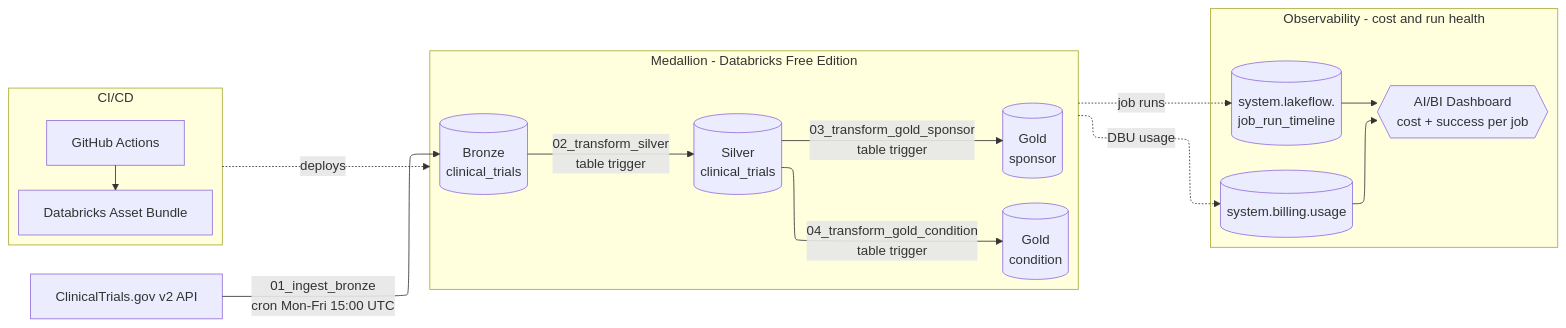
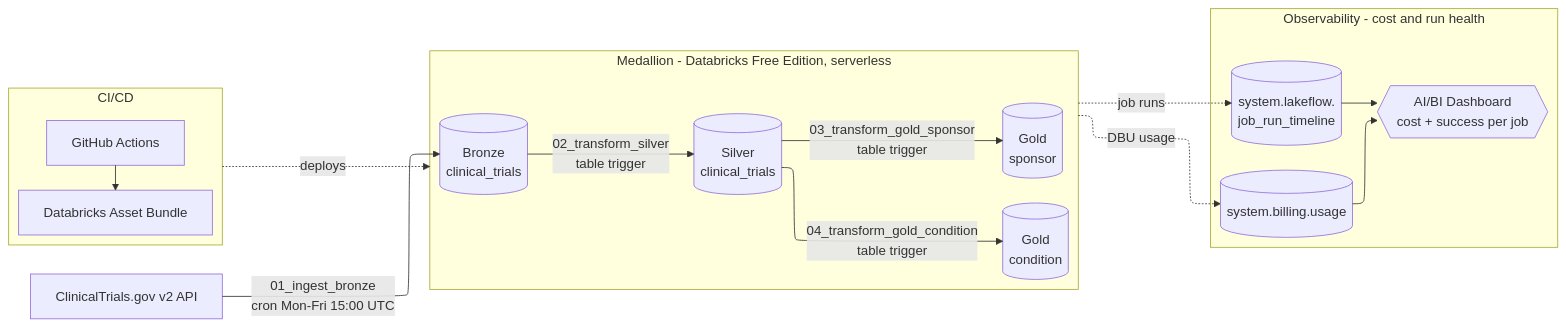
Before and after one commit to Frederik3152/data-engineering-case: the diagram in README.md, drawn with Mermaid.

````diff
--- a/README.md
+++ b/README.md
@@ -5,36 +5,37 @@
-``` mermaid
-%%{init: {"flowchart": {"defaultRenderer": "elk"}} }%%                                                                                                                                                                                                                                
-  flowchart LR                                                                                                                                                                                                                                                                          
+``` mermaid                                                                                                                                                                                                                                
+%%{init: {"flowchart": {"defaultRenderer": "elk"}} }%%
+  flowchart LR
       subgraph CICD [CI/CD]
           direction TB
-          GH[GitHub Actions] --> DAB[Databricks Asset Bundle]                                                                                                                                                                                                                           
-      end                                                                                                                                                                                                                                                                             
+          GH[GitHub Actions] --> DAB[Databricks Asset Bundle]
+      end
 
-      API[ClinicalTrials.gov v2 API]                                                                                                                                                                                                                                                    
-  
-      subgraph Medallion [Medallion - Databricks Free Edition]
-          direction LR                                                                                                                                                                                                                                                                
+      API[ClinicalTrials.gov v2 API]
+
+      subgraph Medallion [Medallion - Databricks Free Edition, serverless]
+          direction LR
           Bronze[(Bronze<br/>clinical_trials)]
-          Silver[(Silver<br/>clinical_trials)]                                                                                                                                                                                                                                          
+          Silver[(Silver<br/>clinical_trials)]
           GoldS[(Gold<br/>sponsor)]
-          GoldC[(Gold<br/>condition)]                                                                                                                                                                                                                                                   
-      end                                                                                                                                                                                                                                                                               
-  
+          GoldC[(Gold<br/>condition)]
+      end
+
       subgraph Obs [Observability - cost and run health]
-          direction LR                                                                                                                                                                                                                                                                
+          direction LR
           SysRuns[(system.lakeflow.<br/>job_run_timeline)]
-          SysBill[(system.billing.usage)]                                                                                                                                                                                                                                               
+          SysBill[(system.billing.usage)]
           Dash{{AI/BI Dashboard<br/>cost + success per job}}
-      end                                                                                                                                                                                                                                                                               
-                                                                                                                                                                                                                                                                                      
-      API -->|01_ingest_bronze<br/>cron Mon-Fri 15:00 UTC| Bronze                                                                                                                                                                                                                       
+      end
+
+      API -->|01_ingest_bronze<br/>cron Mon-Fri 15:00 UTC| Bronze
       Bronze -->|02_transform_silver<br/>table trigger| Silver
-      Silver -->|03_transform_gold_sponsor<br/>table trigger| GoldS                                                                                                                                                                                                                     
-      Silver -->|04_transform_gold_condition<br/>table trigger| GoldC                                                                                                                                                                                                                   
-   
-      CICD -. deploys .-> Medallion                                                                                                                                                                                                            
-      Medallion -. job runs .-> SysRuns                                                                                                                                                                                                                                                 
-      Medallion -. DBU usage .-> SysBill                                                                                                                                                                                                                                              
+      Silver -->|03_transform_gold_sponsor<br/>table trigger| GoldS
+      Silver -->|04_transform_gold_condition<br/>table trigger| GoldC
+
+      CICD -. deploys .-> Medallion
+
+      Medallion -. job runs .-> SysRuns
+      Medallion -. DBU usage .-> SysBill
       SysRuns --> Dash
       SysBill --> Dash
 ```
````
